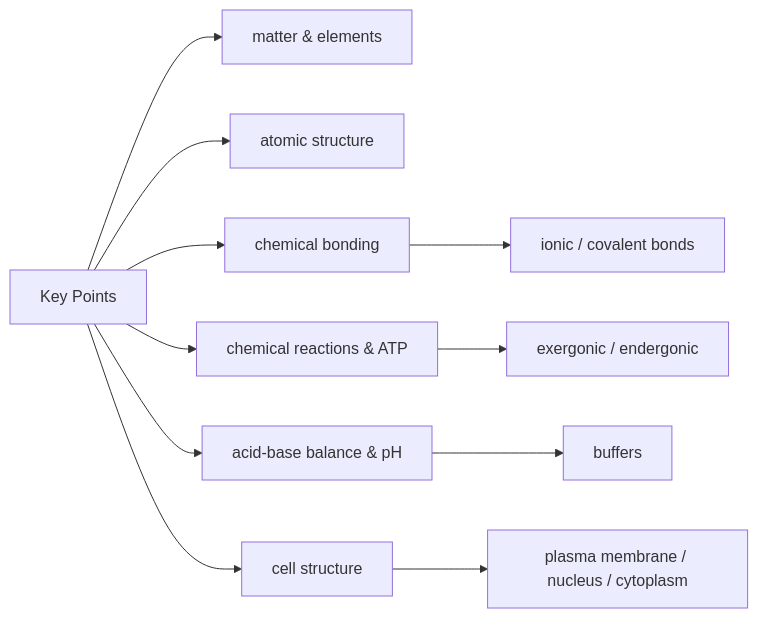
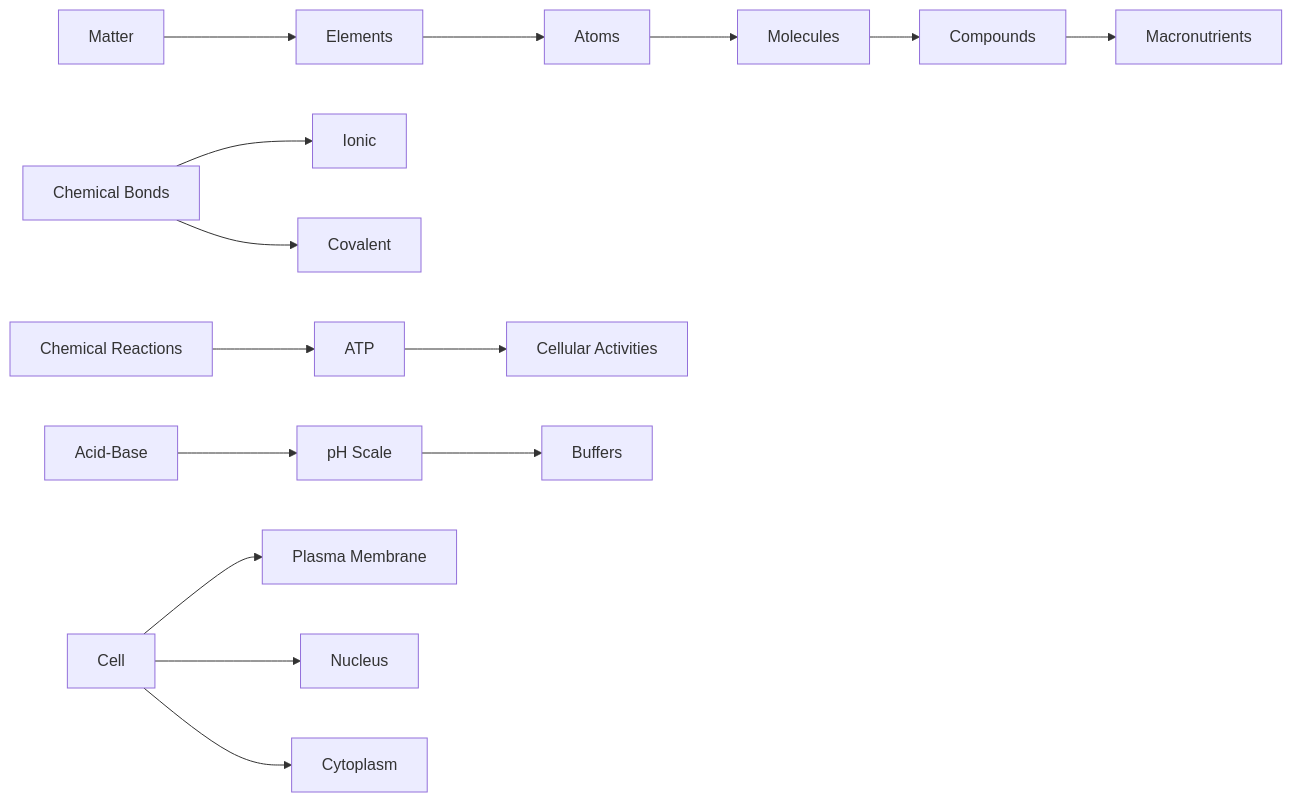
Before and after one commit to shosho-chang/nakama: diagram 12 of 13 in tests/fixtures/golden/bse-ch3-expected/bse-ch3.md, drawn with Mermaid. The commit also changed other lines of this file and 150 other files, not shown here.

````diff
--- a/tests/fixtures/golden/bse-ch3-expected/bse-ch3.md
+++ b/tests/fixtures/golden/bse-ch3-expected/bse-ch3.md
@@ -1118,13 +1116,14 @@
 ```mermaid
 flowchart LR
-  A[Key Points] --> B[matter & elements]
-  A --> C[atomic structure]
-  A --> D[chemical bonding]
-  A --> E[chemical reactions & ATP]
-  A --> F[acid-base balance & pH]
-  A --> G[cell structure]
-  E --> H[exergonic / endergonic]
-  D --> I[ionic / covalent bonds]
-  F --> J[buffers]
-  G --> K[plasma membrane / nucleus / cytoplasm]
+  Matter --> Elements --> Atoms --> Molecules --> Compounds
+  Compounds --> Macronutrients
+  ChemicalBonds[Chemical Bonds] --> IonicBonds[Ionic]
+  ChemicalBonds --> CovalentBonds[Covalent]
+  ChemicalReactions[Chemical Reactions] --> ATP
+  ATP --> CellularActivities[Cellular Activities]
+  AcidBase[Acid-Base] --> pHScale[pH Scale]
+  pHScale --> Buffers
+  Cell --> PlasmaMembrane[Plasma Membrane]
+  Cell --> Nucleus
+  Cell --> Cytoplasm
 ```
````
